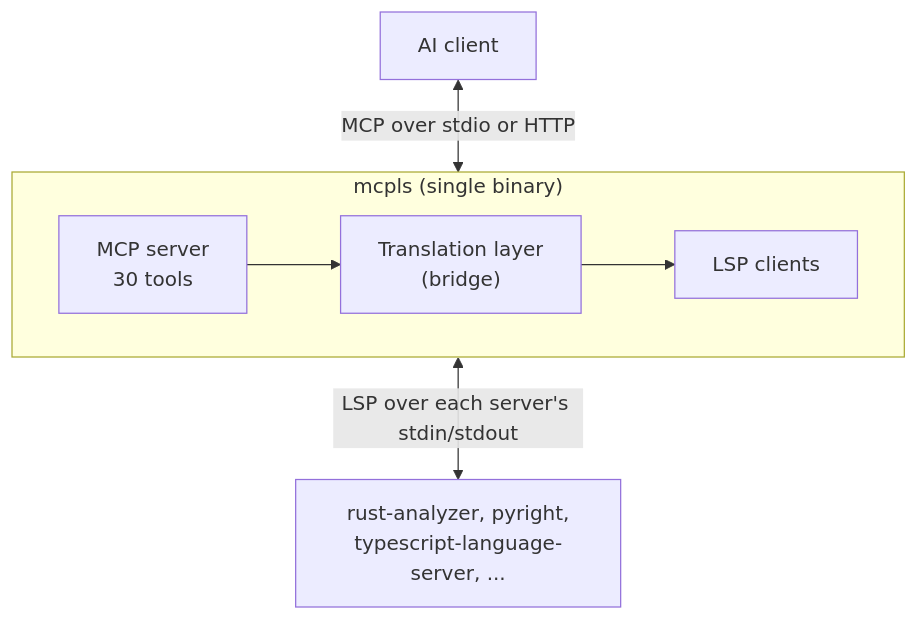
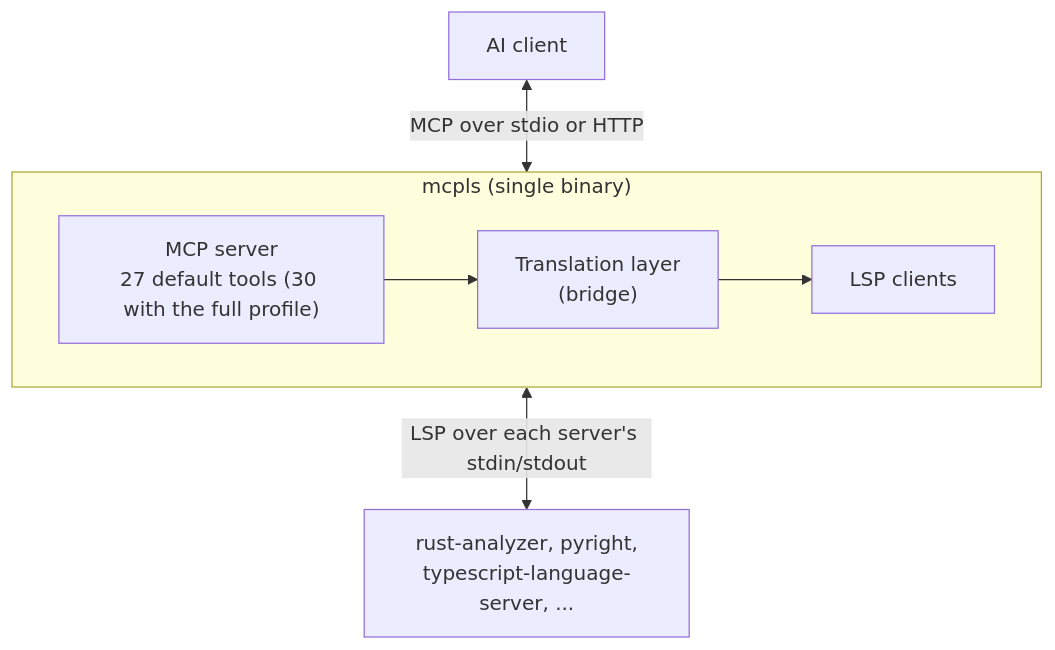
One commit to insomnes/mcpls changed the first of 2 diagrams in book/src/advanced/architecture.md. Above: the diagram before and after it, drawn with Mermaid. The commit also changed 28 other files, not shown here.

First line of the commit message:
feat(mcp): reduce the default tool catalog and add direct type queries

````diff
--- a/book/src/advanced/architecture.md
+++ b/book/src/advanced/architecture.md
@@ -11,11 +11,11 @@
 ```mermaid
 flowchart TB
     Client["AI client"]
     subgraph mcpls["mcpls (single binary)"]
         direction LR
-        MCP["MCP server<br/>30 tools"] --> Bridge["Translation layer<br/>(bridge)"] --> LSPc["LSP clients"]
+        MCP["MCP server<br/>27 default tools (30 with the full profile)"] --> Bridge["Translation layer<br/>(bridge)"] --> LSPc["LSP clients"]
     end
     Servers["rust-analyzer, pyright,<br/>typescript-language-server, ..."]
     Client <-->|"MCP over stdio or HTTP"| MCP
     LSPc <-->|"LSP over each server's stdin/stdout"| Servers
 ```
````
